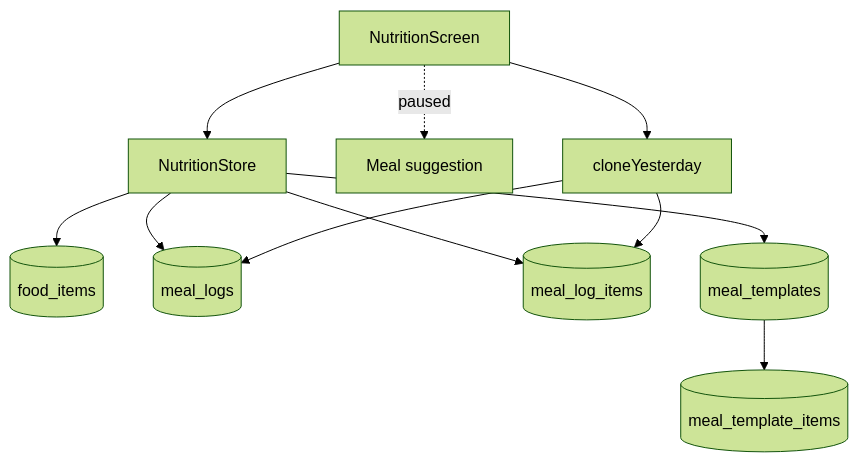
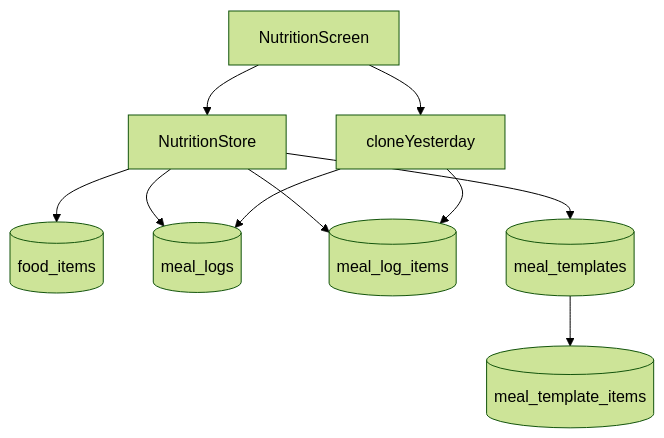
Before and after one commit to Ramagiri-Ranesh/LifeOsMobileApp: the fourth of 7 diagrams in docs/architecture.md, drawn with Mermaid (forest theme). The commit also changed other lines of this file and 29 other files, not shown here.

````diff
--- a/docs/architecture.md
+++ b/docs/architecture.md
@@ -348,13 +380,12 @@
 ```mermaid
 flowchart TD
   NutritionScreen --> NutritionStore
   NutritionStore --> FoodItems[(food_items)]
   NutritionStore --> MealLogs[(meal_logs)]
   NutritionStore --> MealLogItems[(meal_log_items)]
   NutritionStore --> MealTemplates[(meal_templates)]
   MealTemplates --> MealTemplateItems[(meal_template_items)]
-  NutritionScreen -. paused .-> AI[Meal suggestion]
   NutritionScreen --> CloneYesterday[cloneYesterday]
   CloneYesterday --> MealLogs
   CloneYesterday --> MealLogItems
 ```
````
